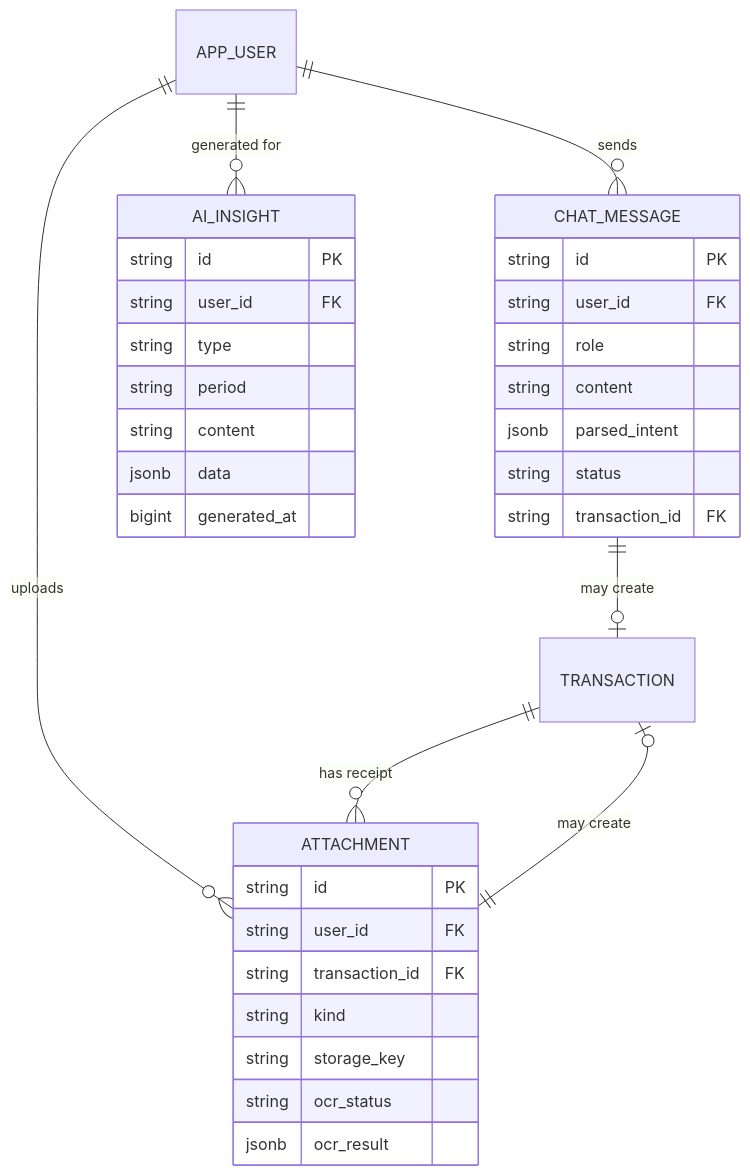
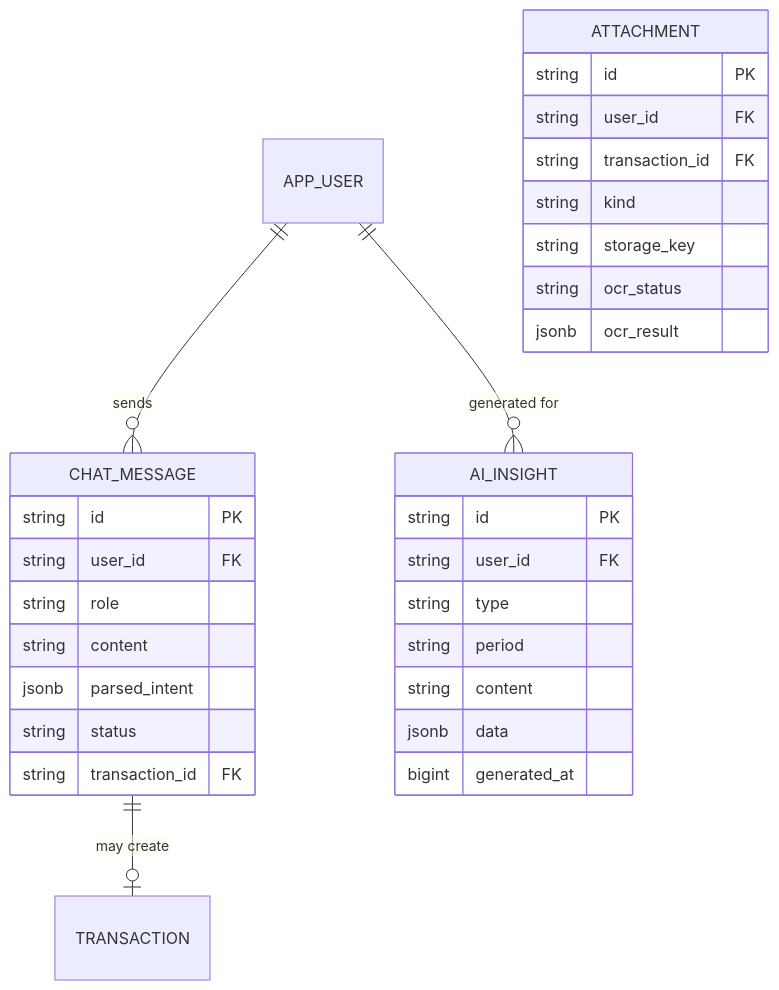
The fourth of 7 diagrams in docs/domain/domain-documentation.md (vithursi31/ZenZMoneyManager), drawn with Mermaid before and after one commit. The commit also changed other lines of this file and 81 other files, not shown here.

````diff
--- a/docs/domain/domain-documentation.md
+++ b/docs/domain/domain-documentation.md
@@ -791,38 +757,35 @@
 ```mermaid
 erDiagram
     APP_USER ||--o{ CHAT_MESSAGE : sends
-    APP_USER ||--o{ ATTACHMENT  : uploads
     APP_USER ||--o{ AI_INSIGHT  : "generated for"
 
     CHAT_MESSAGE ||--o| TRANSACTION : "may create"
-    ATTACHMENT   ||--o| TRANSACTION : "may create"
-    TRANSACTION  ||--o{ ATTACHMENT  : "has receipt"
 
     CHAT_MESSAGE {
         string id PK
         string user_id FK
         string role
         string content
         jsonb parsed_intent
         string status
         string transaction_id FK
     }
     ATTACHMENT {
         string id PK
         string user_id FK
         string transaction_id FK
         string kind
         string storage_key
         string ocr_status
         jsonb ocr_result
     }
     AI_INSIGHT {
         string id PK
         string user_id FK
         string type
         string period
         string content
         jsonb data
         bigint generated_at
     }
 ```
````
